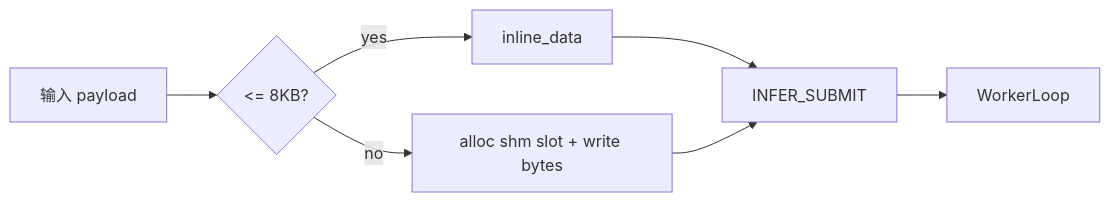
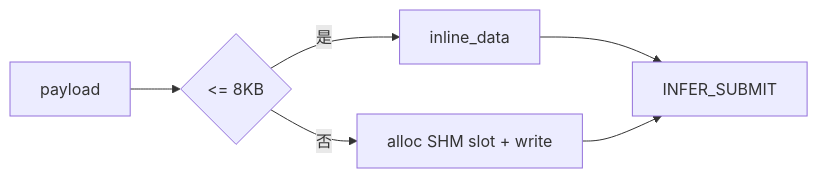
Before and after one commit to caitengwei/Nerva: the third of 3 diagrams in docs/design/架构设计.md, drawn with Mermaid. The commit also changed other lines of this file and 4 other files, not shown here.

````diff
--- a/docs/design/架构设计.md
+++ b/docs/design/架构设计.md
@@ -177,9 +138,8 @@
 ```mermaid
 flowchart LR
-    IN[输入 payload] --> DECIDE{<= 8KB?}
-    DECIDE -- yes --> INLINE[inline_data]
-    DECIDE -- no --> SHM1[alloc shm slot + write bytes]
-    INLINE --> IPC[INFER_SUBMIT]
-    SHM1 --> IPC
-    IPC --> WORKER[WorkerLoop]
+    P[payload] --> Q{<= 8KB}
+    Q -- 是 --> I[inline_data]
+    Q -- 否 --> S[alloc SHM slot + write]
+    I --> M[INFER_SUBMIT]
+    S --> M
 ```
````
